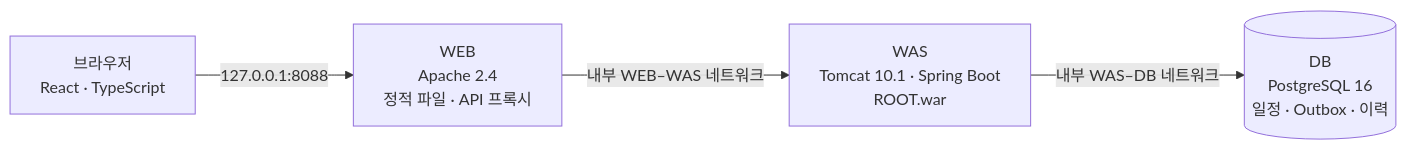
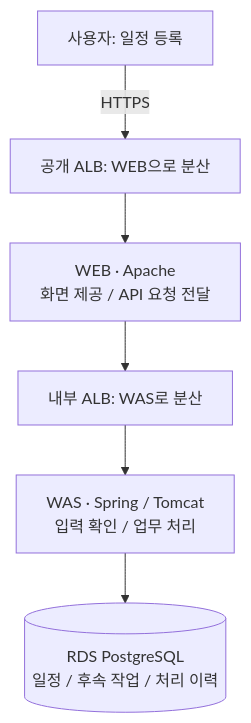
Before and after one commit to grapefruit0205/middleproject: the first of 2 diagrams in README.md, drawn with Mermaid. The commit also changed other lines of this file and 3 other files, not shown here.

Commit message:
docs: rebuild README and simplify architecture learning guide

````diff
--- a/README.md
+++ b/README.md
@@ -88,12 +55,8 @@
 ```mermaid
-flowchart LR
-    user["브라우저<br/>React · TypeScript"]
-    web["WEB<br/>Apache 2.4<br/>정적 파일 · API 프록시"]
-    was["WAS<br/>Tomcat 10.1 · Spring Boot<br/>ROOT.war"]
-    db[("DB<br/>PostgreSQL 16<br/>일정 · Outbox · 이력")]
-
-    user -->|"127.0.0.1:8088"| web
-    web -->|"내부 WEB–WAS 네트워크"| was
-    was -->|"내부 WAS–DB 네트워크"| db
-
+flowchart TD
+    U["사용자: 일정 등록"] -->|"HTTPS"| P["공개 ALB: WEB으로 분산"]
+    P --> W["WEB · Apache<br/>화면 제공 / API 요청 전달"]
+    W --> I["내부 ALB: WAS로 분산"]
+    I --> A["WAS · Spring / Tomcat<br/>입력 확인 / 업무 처리"]
+    A --> D[("RDS PostgreSQL<br/>일정 / 후속 작업 / 처리 이력")]
 ```
````
